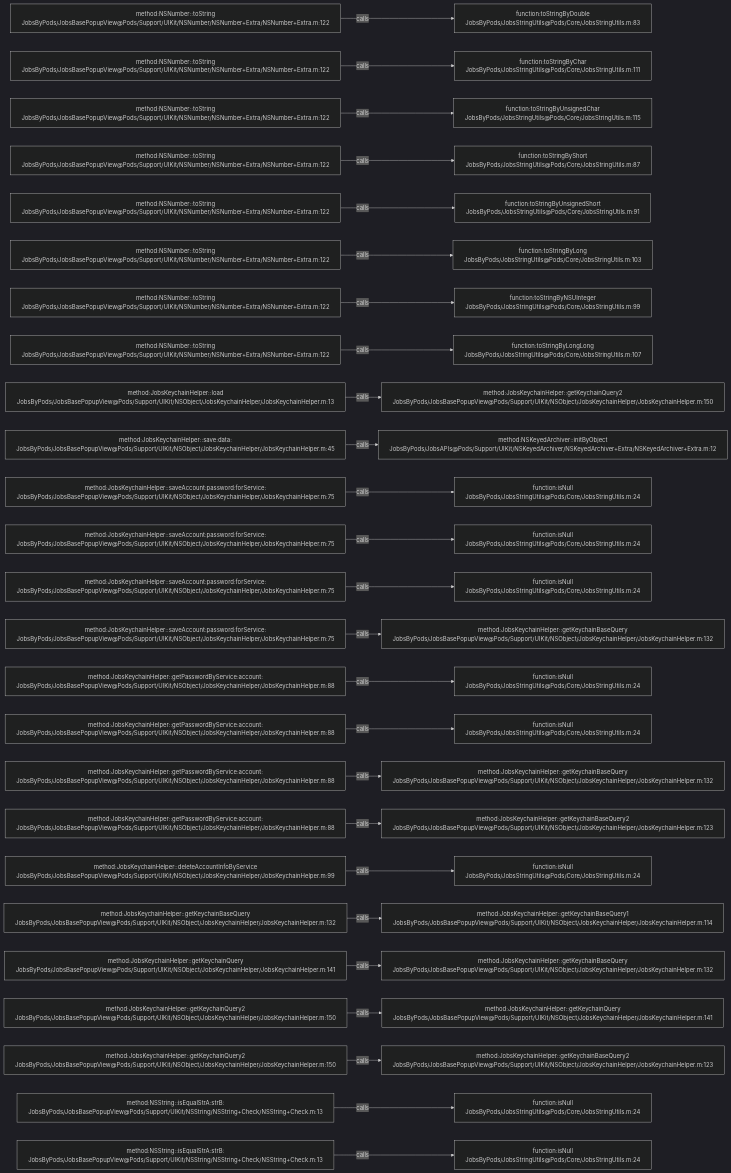
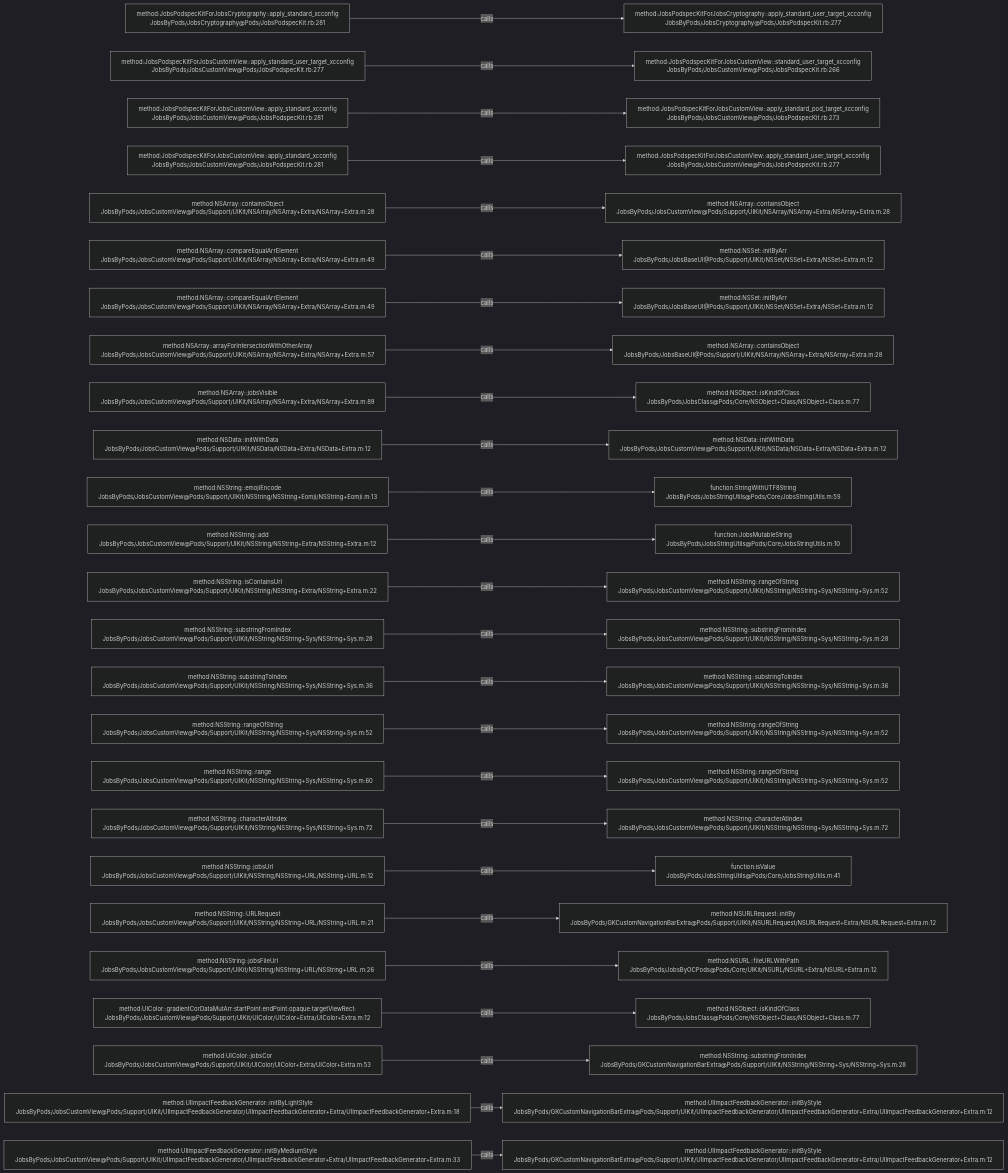
The diagram in .codegraph/codegraph.md/graphs/calls-010.md (JobsKits/JobsOCBaseConfigDemo), drawn with Mermaid (dark theme) before and after one commit. The commit also changed 2162 other files, not shown here.

````diff
--- a/.codegraph/codegraph.md/graphs/calls-010.md
+++ b/.codegraph/codegraph.md/graphs/calls-010.md
@@ -13,78 +13,78 @@
 ```mermaid
 flowchart LR
-  S1["method:NSNumber::toString<br/>JobsByPods/JobsBasePopupView@Pods/Support/UIKit/NSNumber/NSNumber+Extra/NSNumber+Extra.m:122"]
-  T1["function:toStringByDouble<br/>JobsByPods/JobsStringUtils@Pods/Core/JobsStringUtils.m:83"]
+  S1["method:JobsPodspecKitForJobsCryptography::apply_standard_xcconfig<br/>JobsByPods/JobsCryptography@Pods/JobsPodspecKit.rb:281"]
+  T1["method:JobsPodspecKitForJobsCryptography::apply_standard_user_target_xcconfig<br/>JobsByPods/JobsCryptography@Pods/JobsPodspecKit.rb:277"]
   S1 -->|calls| T1
-  S2["method:NSNumber::toString<br/>JobsByPods/JobsBasePopupView@Pods/Support/UIKit/NSNumber/NSNumber+Extra/NSNumber+Extra.m:122"]
-  T2["function:toStringByChar<br/>JobsByPods/JobsStringUtils@Pods/Core/JobsStringUtils.m:111"]
+  S2["method:JobsPodspecKitForJobsCustomView::apply_standard_user_target_xcconfig<br/>JobsByPods/JobsCustomView@Pods/JobsPodspecKit.rb:277"]
+  T2["method:JobsPodspecKitForJobsCustomView::standard_user_target_xcconfig<br/>JobsByPods/JobsCustomView@Pods/JobsPodspecKit.rb:266"]
   S2 -->|calls| T2
-  S3["method:NSNumber::toString<br/>JobsByPods/JobsBasePopupView@Pods/Support/UIKit/NSNumber/NSNumber+Extra/NSNumber+Extra.m:122"]
-  T3["function:toStringByUnsignedChar<br/>JobsByPods/JobsStringUtils@Pods/Core/JobsStringUtils.m:115"]
+  S3["method:JobsPodspecKitForJobsCustomView::apply_standard_xcconfig<br/>JobsByPods/JobsCustomView@Pods/JobsPodspecKit.rb:281"]
+  T3["method:JobsPodspecKitForJobsCustomView::apply_standard_pod_target_xcconfig<br/>JobsByPods/JobsCustomView@Pods/JobsPodspecKit.rb:273"]
   S3 -->|calls| T3
-  S4["method:NSNumber::toString<br/>JobsByPods/JobsBasePopupView@Pods/Support/UIKit/NSNumber/NSNumber+Extra/NSNumber+Extra.m:122"]
-  T4["function:toStringByShort<br/>JobsByPods/JobsStringUtils@Pods/Core/JobsStringUtils.m:87"]
+  S4["method:JobsPodspecKitForJobsCustomView::apply_standard_xcconfig<br/>JobsByPods/JobsCustomView@Pods/JobsPodspecKit.rb:281"]
+  T4["method:JobsPodspecKitForJobsCustomView::apply_standard_user_target_xcconfig<br/>JobsByPods/JobsCustomView@Pods/JobsPodspecKit.rb:277"]
   S4 -->|calls| T4
-  S5["method:NSNumber::toString<br/>JobsByPods/JobsBasePopupView@Pods/Support/UIKit/NSNumber/NSNumber+Extra/NSNumber+Extra.m:122"]
-  T5["function:toStringByUnsignedShort<br/>JobsByPods/JobsStringUtils@Pods/Core/JobsStringUtils.m:91"]
+  S5["method:NSArray::containsObject<br/>JobsByPods/JobsCustomView@Pods/Support/UIKit/NSArray/NSArray+Extra/NSArray+Extra.m:28"]
+  T5["method:NSArray::containsObject<br/>JobsByPods/JobsCustomView@Pods/Support/UIKit/NSArray/NSArray+Extra/NSArray+Extra.m:28"]
   S5 -->|calls| T5
-  S6["method:NSNumber::toString<br/>JobsByPods/JobsBasePopupView@Pods/Support/UIKit/NSNumber/NSNumber+Extra/NSNumber+Extra.m:122"]
-  T6["function:toStringByLong<br/>JobsByPods/JobsStringUtils@Pods/Core/JobsStringUtils.m:103"]
+  S6["method:NSArray::compareEqualArrElement<br/>JobsByPods/JobsCustomView@Pods/Support/UIKit/NSArray/NSArray+Extra/NSArray+Extra.m:49"]
+  T6["method:NSSet::initByArr<br/>JobsByPods/JobsBaseUI@Pods/Support/UIKit/NSSet/NSSet+Extra/NSSet+Extra.m:12"]
   S6 -->|calls| T6
-  S7["method:NSNumber::toString<br/>JobsByPods/JobsBasePopupView@Pods/Support/UIKit/NSNumber/NSNumber+Extra/NSNumber+Extra.m:122"]
-  T7["function:toStringByNSUInteger<br/>JobsByPods/JobsStringUtils@Pods/Core/JobsStringUtils.m:99"]
+  S7["method:NSArray::compareEqualArrElement<br/>JobsByPods/JobsCustomView@Pods/Support/UIKit/NSArray/NSArray+Extra/NSArray+Extra.m:49"]
+  T7["method:NSSet::initByArr<br/>JobsByPods/JobsBaseUI@Pods/Support/UIKit/NSSet/NSSet+Extra/NSSet+Extra.m:12"]
   S7 -->|calls| T7
-  S8["method:NSNumber::toString<br/>JobsByPods/JobsBasePopupView@Pods/Support/UIKit/NSNumber/NSNumber+Extra/NSNumber+Extra.m:122"]
-  T8["function:toStringByLongLong<br/>JobsByPods/JobsStringUtils@Pods/Core/JobsStringUtils.m:107"]
+  S8["method:NSArray::arrayForIntersectionWithOtherArray<br/>JobsByPods/JobsCustomView@Pods/Support/UIKit/NSArray/NSArray+Extra/NSArray+Extra.m:57"]
+  T8["method:NSArray::containsObject<br/>JobsByPods/JobsBaseUI@Pods/Support/UIKit/NSArray/NSArray+Extra/NSArray+Extra.m:28"]
   S8 -->|calls| T8
-  S9["method:JobsKeychainHelper::load<br/>JobsByPods/JobsBasePopupView@Pods/Support/UIKit/NSObject/JobsKeychainHelper/JobsKeychainHelper.m:13"]
-  T9["method:JobsKeychainHelper::getKeychainQuery2<br/>JobsByPods/JobsBasePopupView@Pods/Support/UIKit/NSObject/JobsKeychainHelper/JobsKeychainHelper.m:150"]
+  S9["method:NSArray::jobsVisible<br/>JobsByPods/JobsCustomView@Pods/Support/UIKit/NSArray/NSArray+Extra/NSArray+Extra.m:89"]
+  T9["method:NSObject::isKindOfClass<br/>JobsByPods/JobsClass@Pods/Core/NSObject+Class/NSObject+Class.m:77"]
   S9 -->|calls| T9
-  S10["method:JobsKeychainHelper::save:data:<br/>JobsByPods/JobsBasePopupView@Pods/Support/UIKit/NSObject/JobsKeychainHelper/JobsKeychainHelper.m:45"]
-  T10["method:NSKeyedArchiver::initByObject<br/>JobsByPods/JobsAPIs@Pods/Support/UIKit/NSKeyedArchiver/NSKeyedArchiver+Extra/NSKeyedArchiver+Extra.m:12"]
+  S10["method:NSData::initWithData<br/>JobsByPods/JobsCustomView@Pods/Support/UIKit/NSData/NSData+Extra/NSData+Extra.m:12"]
+  T10["method:NSData::initWithData<br/>JobsByPods/JobsCustomView@Pods/Support/UIKit/NSData/NSData+Extra/NSData+Extra.m:12"]
   S10 -->|calls| T10
-  S11["method:JobsKeychainHelper::saveAccount:password:forService:<br/>JobsByPods/JobsBasePopupView@Pods/Support/UIKit/NSObject/JobsKeychainHelper/JobsKeychainHelper.m:75"]
-  T11["function:isNull<br/>JobsByPods/JobsStringUtils@Pods/Core/JobsStringUtils.m:24"]
+  S11["method:NSString::emojiEncode<br/>JobsByPods/JobsCustomView@Pods/Support/UIKit/NSString/NSString+Eomji/NSString+Eomji.m:13"]
+  T11["function:StringWithUTF8String<br/>JobsByPods/JobsStringUtils@Pods/Core/JobsStringUtils.m:59"]
   S11 -->|calls| T11
-  S12["method:JobsKeychainHelper::saveAccount:password:forService:<br/>JobsByPods/JobsBasePopupView@Pods/Support/UIKit/NSObject/JobsKeychainHelper/JobsKeychainHelper.m:75"]
-  T12["function:isNull<br/>JobsByPods/JobsStringUtils@Pods/Core/JobsStringUtils.m:24"]
+  S12["method:NSString::add<br/>JobsByPods/JobsCustomView@Pods/Support/UIKit/NSString/NSString+Extra/NSString+Extra.m:12"]
+  T12["function:JobsMutableString<br/>JobsByPods/JobsStringUtils@Pods/Core/JobsStringUtils.m:10"]
   S12 -->|calls| T12
-  S13["method:JobsKeychainHelper::saveAccount:password:forService:<br/>JobsByPods/JobsBasePopupView@Pods/Support/UIKit/NSObject/JobsKeychainHelper/JobsKeychainHelper.m:75"]
-  T13["function:isNull<br/>JobsByPods/JobsStringUtils@Pods/Core/JobsStringUtils.m:24"]
+  S13["method:NSString::isContainsUrl<br/>JobsByPods/JobsCustomView@Pods/Support/UIKit/NSString/NSString+Extra/NSString+Extra.m:22"]
+  T13["method:NSString::rangeOfString<br/>JobsByPods/JobsCustomView@Pods/Support/UIKit/NSString/NSString+Sys/NSString+Sys.m:52"]
   S13 -->|calls| T13
-  S14["method:JobsKeychainHelper::saveAccount:password:forService:<br/>JobsByPods/JobsBasePopupView@Pods/Support/UIKit/NSObject/JobsKeychainHelper/JobsKeychainHelper.m:75"]
-  T14["method:JobsKeychainHelper::getKeychainBaseQuery<br/>JobsByPods/JobsBasePopupView@Pods/Support/UIKit/NSObject/JobsKeychainHelper/JobsKeychainHelper.m:132"]
+  S14["method:NSString::substringFromIndex<br/>JobsByPods/JobsCustomView@Pods/Support/UIKit/NSString/NSString+Sys/NSString+Sys.m:28"]
+  T14["method:NSString::substringFromIndex<br/>JobsByPods/JobsCustomView@Pods/Support/UIKit/NSString/NSString+Sys/NSString+Sys.m:28"]
   S14 -->|calls| T14
-  S15["method:JobsKeychainHelper::getPasswordByService:account:<br/>JobsByPods/JobsBasePopupView@Pods/Support/UIKit/NSObject/JobsKeychainHelper/JobsKeychainHelper.m:88"]
-  T15["function:isNull<br/>JobsByPods/JobsStringUtils@Pods/Core/JobsStringUtils.m:24"]
+  S15["method:NSString::substringToIndex<br/>JobsByPods/JobsCustomView@Pods/Support/UIKit/NSString/NSString+Sys/NSString+Sys.m:36"]
+  T15["method:NSString::substringToIndex<br/>JobsByPods/JobsCustomView@Pods/Support/UIKit/NSString/NSString+Sys/NSString+Sys.m:36"]
   S15 -->|calls| T15
-  S16["method:JobsKeychainHelper::getPasswordByService:account:<br/>JobsByPods/JobsBasePopupView@Pods/Support/UIKit/NSObject/JobsKeychainHelper/JobsKeychainHelper.m:88"]
-  T16["function:isNull<br/>JobsByPods/JobsStringUtils@Pods/Core/JobsStringUtils.m:24"]
+  S16["method:NSString::rangeOfString<br/>JobsByPods/JobsCustomView@Pods/Support/UIKit/NSString/NSString+Sys/NSString+Sys.m:52"]
+  T16["method:NSString::rangeOfString<br/>JobsByPods/JobsCustomView@Pods/Support/UIKit/NSString/NSString+Sys/NSString+Sys.m:52"]
   S16 -->|calls| T16
-  S17["method:JobsKeychainHelper::getPasswordByService:account:<br/>JobsByPods/JobsBasePopupView@Pods/Support/UIKit/NSObject/JobsKeychainHelper/JobsKeychainHelper.m:88"]
-  T17["method:JobsKeychainHelper::getKeychainBaseQuery<br/>JobsByPods/JobsBasePopupView@Pods/Support/UIKit/NSObject/JobsKeychainHelper/JobsKeychainHelper.m:132"]
+  S17["method:NSString::range<br/>JobsByPods/JobsCustomView@Pods/Support/UIKit/NSString/NSString+Sys/NSString+Sys.m:60"]
+  T17["method:NSString::rangeOfString<br/>JobsByPods/JobsCustomView@Pods/Support/UIKit/NSString/NSString+Sys/NSString+Sys.m:52"]
   S17 -->|calls| T17
-  S18["method:JobsKeychainHelper::getPasswordByService:account:<br/>JobsByPods/JobsBasePopupView@Pods/Support/UIKit/NSObject/JobsKeychainHelper/JobsKeychainHelper.m:88"]
-  T18["method:JobsKeychainHelper::getKeychainBaseQuery2<br/>JobsByPods/JobsBasePopupView@Pods/Support/UIKit/NSObject/JobsKeychainHelper/JobsKeychainHelper.m:123"]
+  S18["method:NSString::characterAtIndex<br/>JobsByPods/JobsCustomView@Pods/Support/UIKit/NSString/NSString+Sys/NSString+Sys.m:72"]
+  T18["method:NSString::characterAtIndex<br/>JobsByPods/JobsCustomView@Pods/Support/UIKit/NSString/NSString+Sys/NSString+Sys.m:72"]
   S18 -->|calls| T18
-  S19["method:JobsKeychainHelper::deleteAccountInfoByService<br/>JobsByPods/JobsBasePopupView@Pods/Support/UIKit/NSObject/JobsKeychainHelper/JobsKeychainHelper.m:99"]
-  T19["function:isNull<br/>JobsByPods/JobsStringUtils@Pods/Core/JobsStringUtils.m:24"]
+  S19["method:NSString::jobsUrl<br/>JobsByPods/JobsCustomView@Pods/Support/UIKit/NSString/NSString+URL/NSString+URL.m:12"]
+  T19["function:isValue<br/>JobsByPods/JobsStringUtils@Pods/Core/JobsStringUtils.m:41"]
   S19 -->|calls| T19
-  S20["method:JobsKeychainHelper::getKeychainBaseQuery<br/>JobsByPods/JobsBasePopupView@Pods/Support/UIKit/NSObject/JobsKeychainHelper/JobsKeychainHelper.m:132"]
-  T20["method:JobsKeychainHelper::getKeychainBaseQuery1<br/>JobsByPods/JobsBasePopupView@Pods/Support/UIKit/NSObject/JobsKeychainHelper/JobsKeychainHelper.m:114"]
+  S20["method:NSString::URLRequest<br/>JobsByPods/JobsCustomView@Pods/Support/UIKit/NSString/NSString+URL/NSString+URL.m:21"]
+  T20["method:NSURLRequest::initBy<br/>JobsByPods/GKCustomNavigationBarExtra@Pods/Support/UIKit/NSURLRequest/NSURLRequest+Extra/NSURLRequest+Extra.m:12"]
   S20 -->|calls| T20
-  S21["method:JobsKeychainHelper::getKeychainQuery<br/>JobsByPods/JobsBasePopupView@Pods/Support/UIKit/NSObject/JobsKeychainHelper/JobsKeychainHelper.m:141"]
-  T21["method:JobsKeychainHelper::getKeychainBaseQuery<br/>JobsByPods/JobsBasePopupView@Pods/Support/UIKit/NSObject/JobsKeychainHelper/JobsKeychainHelper.m:132"]
+  S21["method:NSString::jobsFileUrl<br/>JobsByPods/JobsCustomView@Pods/Support/UIKit/NSString/NSString+URL/NSString+URL.m:26"]
+  T21["method:NSURL::fileURLWithPath<br/>JobsByPods/JobsByOCPods@Pods/Core/UIKit/NSURL/NSURL+Extra/NSURL+Extra.m:12"]
   S21 -->|calls| T21
-  S22["method:JobsKeychainHelper::getKeychainQuery2<br/>JobsByPods/JobsBasePopupView@Pods/Support/UIKit/NSObject/JobsKeychainHelper/JobsKeychainHelper.m:150"]
-  T22["method:JobsKeychainHelper::getKeychainQuery<br/>JobsByPods/JobsBasePopupView@Pods/Support/UIKit/NSObject/JobsKeychainHelper/JobsKeychainHelper.m:141"]
+  S22["method:UIColor::gradientCorDataMutArr:startPoint:endPoint:opaque:targetViewRect:<br/>JobsByPods/JobsCustomView@Pods/Support/UIKit/UIColor/UIColor+Extra/UIColor+Extra.m:12"]
+  T22["method:NSObject::isKindOfClass<br/>JobsByPods/JobsClass@Pods/Core/NSObject+Class/NSObject+Class.m:77"]
   S22 -->|calls| T22
-  S23["method:JobsKeychainHelper::getKeychainQuery2<br/>JobsByPods/JobsBasePopupView@Pods/Support/UIKit/NSObject/JobsKeychainHelper/JobsKeychainHelper.m:150"]
-  T23["method:JobsKeychainHelper::getKeychainBaseQuery2<br/>JobsByPods/JobsBasePopupView@Pods/Support/UIKit/NSObject/JobsKeychainHelper/JobsKeychainHelper.m:123"]
+  S23["method:UIColor::jobsCor<br/>JobsByPods/JobsCustomView@Pods/Support/UIKit/UIColor/UIColor+Extra/UIColor+Extra.m:53"]
+  T23["method:NSString::substringFromIndex<br/>JobsByPods/GKCustomNavigationBarExtra@Pods/Support/UIKit/NSString/NSString+Sys/NSString+Sys.m:28"]
   S23 -->|calls| T23
-  S24["method:NSString::isEqualStrA:strB:<br/>JobsByPods/JobsBasePopupView@Pods/Support/UIKit/NSString/NSString+Check/NSString+Check.m:13"]
-  T24["function:isNull<br/>JobsByPods/JobsStringUtils@Pods/Core/JobsStringUtils.m:24"]
+  S24["method:UIImpactFeedbackGenerator::initByLightStyle<br/>JobsByPods/JobsCustomView@Pods/Support/UIKit/UIImpactFeedbackGenerator/UIImpactFeedbackGenerator+Extra/UIImpactFeedbackGenerator+Extra.m:18"]
+  T24["method:UIImpactFeedbackGenerator::initByStyle<br/>JobsByPods/GKCustomNavigationBarExtra@Pods/Support/UIKit/UIImpactFeedbackGenerator/UIImpactFeedbackGenerator+Extra/UIImpactFeedbackGenerator+Extra.m:12"]
   S24 -->|calls| T24
-  S25["method:NSString::isEqualStrA:strB:<br/>JobsByPods/JobsBasePopupView@Pods/Support/UIKit/NSString/NSString+Check/NSString+Check.m:13"]
-  T25["function:isNull<br/>JobsByPods/JobsStringUtils@Pods/Core/JobsStringUtils.m:24"]
+  S25["method:UIImpactFeedbackGenerator::initByMediumStyle<br/>JobsByPods/JobsCustomView@Pods/Support/UIKit/UIImpactFeedbackGenerator/UIImpactFeedbackGenerator+Extra/UIImpactFeedbackGenerator+Extra.m:33"]
+  T25["method:UIImpactFeedbackGenerator::initByStyle<br/>JobsByPods/GKCustomNavigationBarExtra@Pods/Support/UIKit/UIImpactFeedbackGenerator/UIImpactFeedbackGenerator+Extra/UIImpactFeedbackGenerator+Extra.m:12"]
   S25 -->|calls| T25
 ```
````
